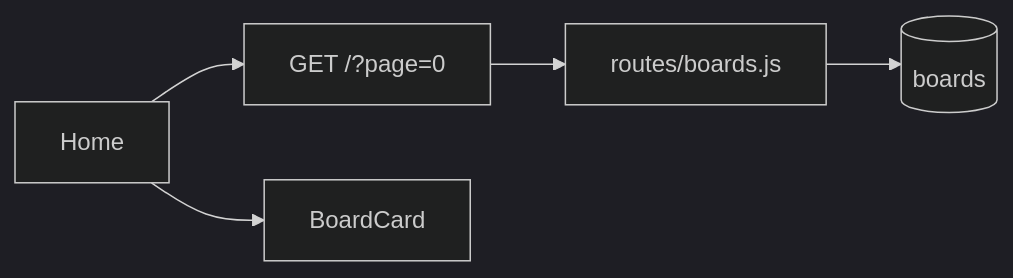
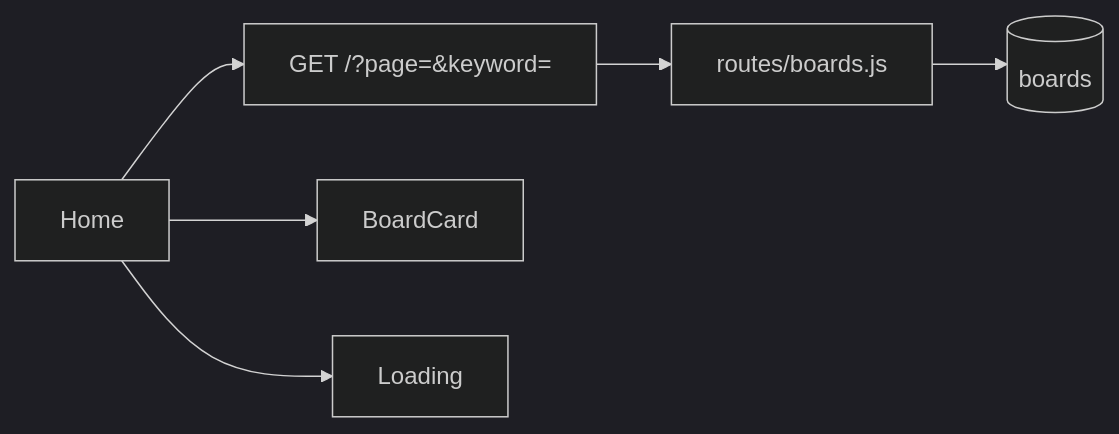
Before and after one commit to metakit-sorucecode/react-blog: the second of 15 diagrams in .projectcode/wiki/scenarios.md, drawn with Mermaid (dark theme). The commit also changed other lines of this file and 4 other files, not shown here.

````diff
--- a/.projectcode/wiki/scenarios.md
+++ b/.projectcode/wiki/scenarios.md
@@ -35,7 +35,8 @@
 ```mermaid
 flowchart LR
-  A[Home] --> B["GET /?page=0"]
+  A[Home] --> B["GET /?page=&keyword="]
   B --> C[routes/boards.js]
   C --> D[(boards)]
   A --> E[BoardCard]
+  A --> F[Loading]
 ```
````
